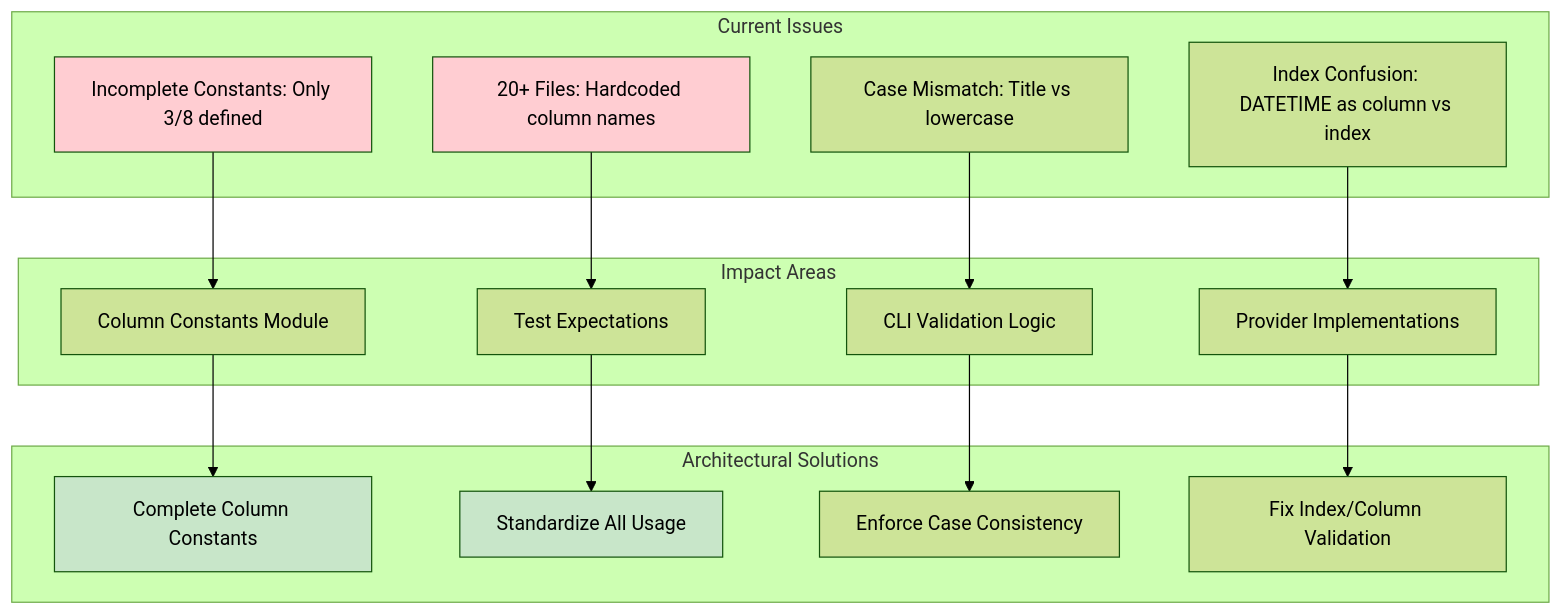
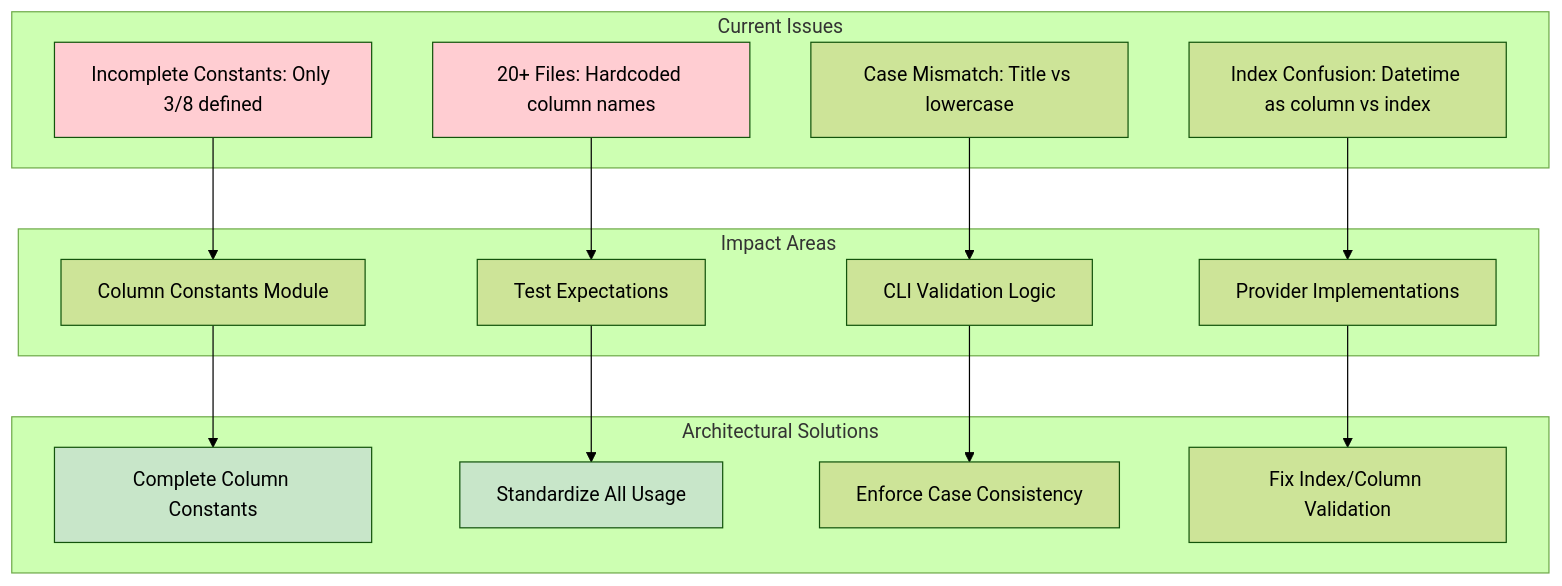
Before and after one commit to makutaku/vortex: the sixth of 9 diagrams in docs/design/hld/03-data-flow-design.md, drawn with Mermaid (forest theme). The commit also changed other lines of this file and 2 other files, not shown here.

````diff
--- a/docs/design/hld/03-data-flow-design.md
+++ b/docs/design/hld/03-data-flow-design.md
@@ -357,38 +357,38 @@
 ```mermaid
 graph TB
     subgraph "Current Issues"
         Incomplete[Incomplete Constants: Only 3/8 defined]
         Hardcoded[20+ Files: Hardcoded column names]
         CaseIssue[Case Mismatch: Title vs lowercase]
-        IndexIssue[Index Confusion: DATETIME as column vs index]
+        IndexIssue[Index Confusion: Datetime as column vs index]
     end
     
     subgraph "Impact Areas"
         Validation[CLI Validation Logic]
         Testing[Test Expectations]
         Providers[Provider Implementations]
         Constants[Column Constants Module]
     end
     
     subgraph "Architectural Solutions"
         CompleteConstants[Complete Column Constants]
         StandardizeUsage[Standardize All Usage]
         CaseConsistency[Enforce Case Consistency]
         ProperValidation[Fix Index/Column Validation]
     end
     
     Incomplete --> Constants
     Hardcoded --> Testing
     CaseIssue --> Validation
     IndexIssue --> Providers
     
     Constants --> CompleteConstants
     Testing --> StandardizeUsage
     Validation --> CaseConsistency
     Providers --> ProperValidation
     
     style Incomplete fill:#ffcdd2
     style Hardcoded fill:#ffcdd2
     style CompleteConstants fill:#c8e6c9
     style StandardizeUsage fill:#c8e6c9
 ```
````
